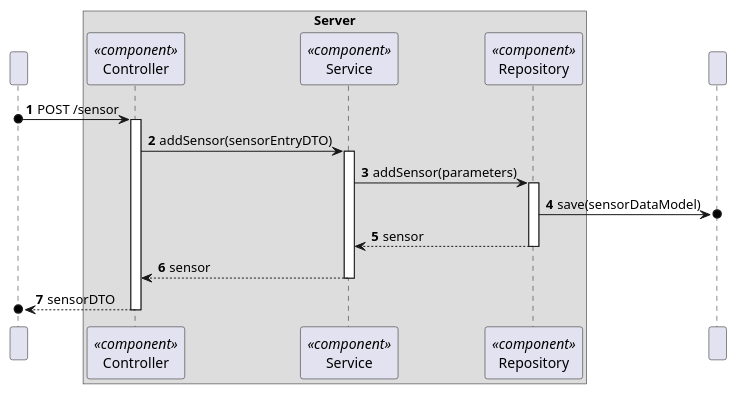
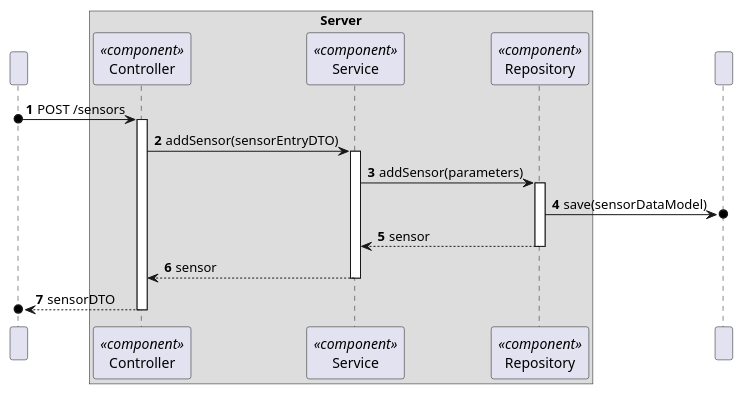
The diagram in docs/C4_4plus1_models/Level4/ProcessView/ProcessViewLevel4_UC07.puml (moutajDev/smarthome), drawn with PlantUML before and after one commit. The commit also changed 38 other files, not shown here.

```diff
--- a/docs/C4_4plus1_models/Level4/ProcessView/ProcessViewLevel4_UC07.puml
+++ b/docs/C4_4plus1_models/Level4/ProcessView/ProcessViewLevel4_UC07.puml
@@ -1,39 +1,39 @@
 @startuml
 'https://plantuml.com/sequence-diagram
 !pragma layout smetana
 
 autonumber
 
 participant " " as HTTP
 
 box "Server"
     participant "Controller" as CTRL<<component>>
     participant "Service" as SV<<component>>
     participant "Repository" as RP<<component>>
 
 end box
 participant " " as BD
 
 
-HTTP o-> CTRL : POST /sensor
+HTTP o-> CTRL : POST /sensors
 activate CTRL
 
 CTRL -> SV : addSensor(sensorEntryDTO)
 activate SV
 
 SV -> RP : addSensor(parameters)
 activate RP
 
 RP ->o BD : save(sensorDataModel)
 
 RP --> SV : sensor
 deactivate RP
 
 SV --> CTRL : sensor
 deactivate SV
 
 CTRL -->o HTTP : sensorDTO
 deactivate CTRL
 
 
 @enduml
```
